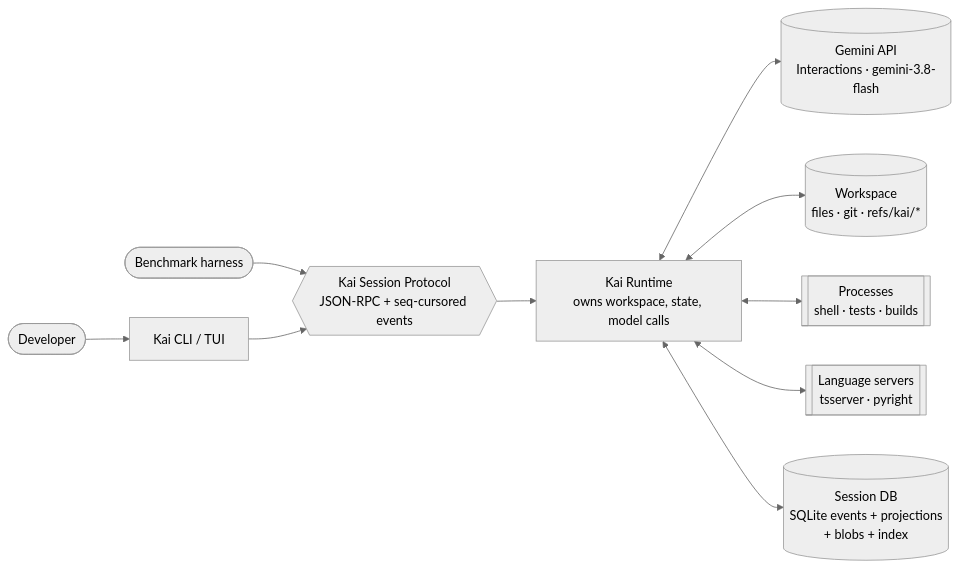
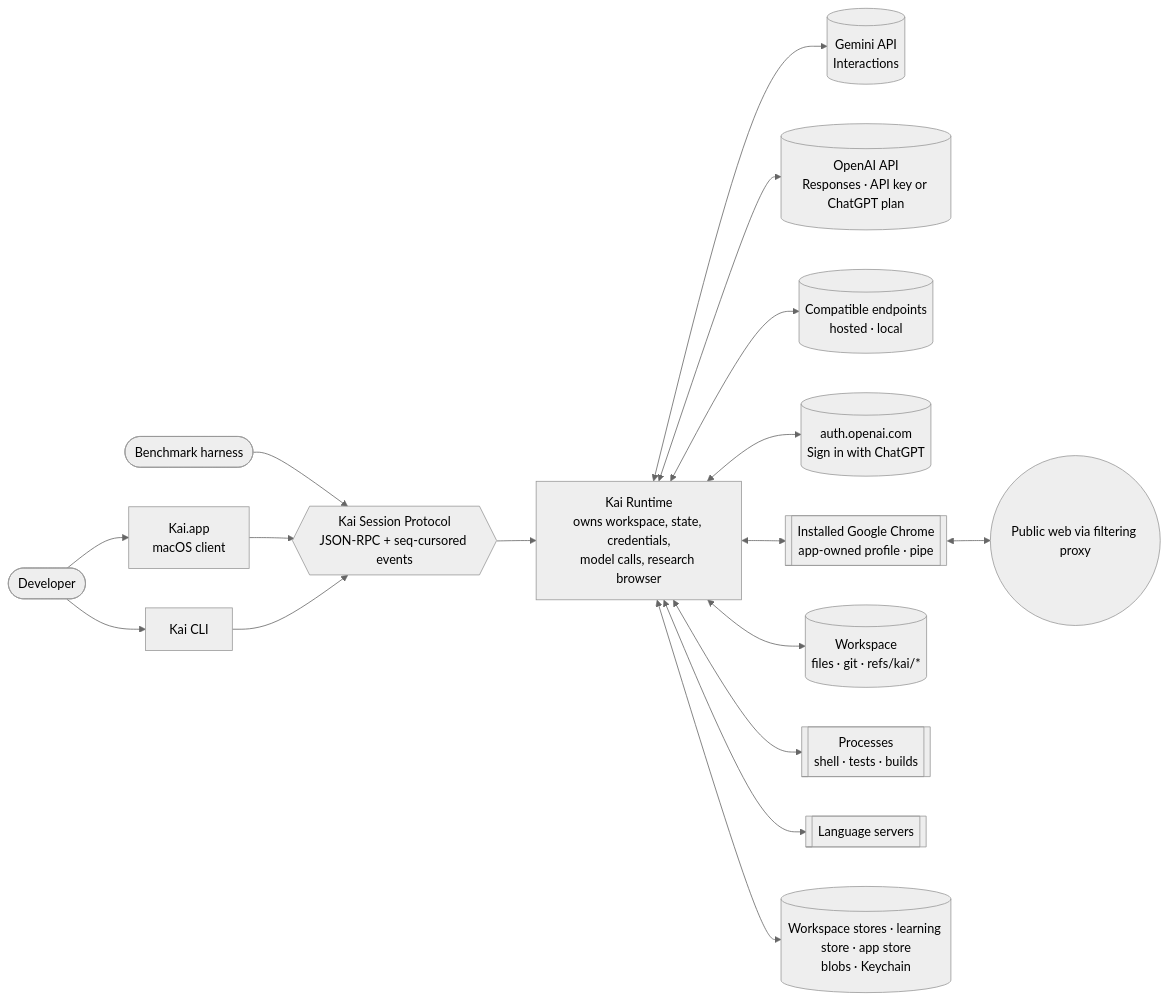
Before and after one commit to Kai-0501/kai-agent-2.0: the first of 6 diagrams in ARCHITECTURE.md, drawn with Mermaid (neutral theme). The commit also changed other lines of this file and 83 other files, not shown here.

First line of the commit message:
architecture: R1 release extension (macOS app, three routes, learning, Chrome research)

````diff
--- a/ARCHITECTURE.md
+++ b/ARCHITECTURE.md
@@ -32,12 +42,19 @@
 ```mermaid
 flowchart LR
-  user([Developer]) --> cli[Kai CLI / TUI]
+  user([Developer]) --> app[Kai.app<br/>macOS client]
+  user --> cli[Kai CLI]
   bench([Benchmark harness]) --> ksp
-  cli --> ksp{{Kai Session Protocol<br/>JSON-RPC + seq-cursored events}}
-  ksp --> rt[Kai Runtime<br/>owns workspace, state, model calls]
-  rt <--> gem[(Gemini API<br/>Interactions · gemini-3.8-flash)]
+  app --> ksp{{Kai Session Protocol<br/>JSON-RPC + seq-cursored events}}
+  cli --> ksp
+  ksp --> rt[Kai Runtime<br/>owns workspace, state, credentials,<br/>model calls, research browser]
+  rt <--> gem[(Gemini API<br/>Interactions)]
+  rt <--> oai[(OpenAI API<br/>Responses · API key or ChatGPT plan)]
+  rt <--> ep[(Compatible endpoints<br/>hosted · local)]
+  rt <--> auth[(auth.openai.com<br/>Sign in with ChatGPT)]
+  rt <--> chrome[[Installed Google Chrome<br/>app-owned profile · pipe]]
+  chrome <--> web((Public web via filtering proxy))
   rt <--> ws[(Workspace<br/>files · git · refs/kai/*)]
   rt <--> proc[[Processes<br/>shell · tests · builds]]
-  rt <--> lsp[[Language servers<br/>tsserver · pyright]]
-  rt <--> db[(Session DB<br/>SQLite events + projections<br/>+ blobs + index)]
+  rt <--> lsp[[Language servers]]
+  rt <--> stores[(Workspace stores · learning store · app store<br/>blobs · Keychain)]
 ```
````
